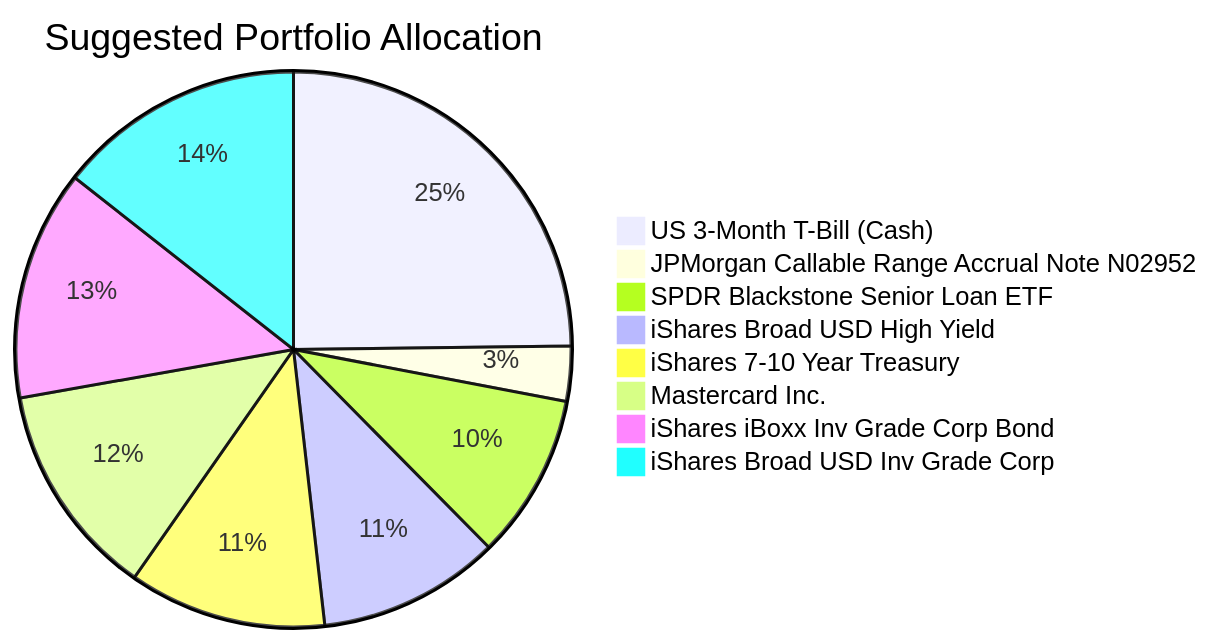
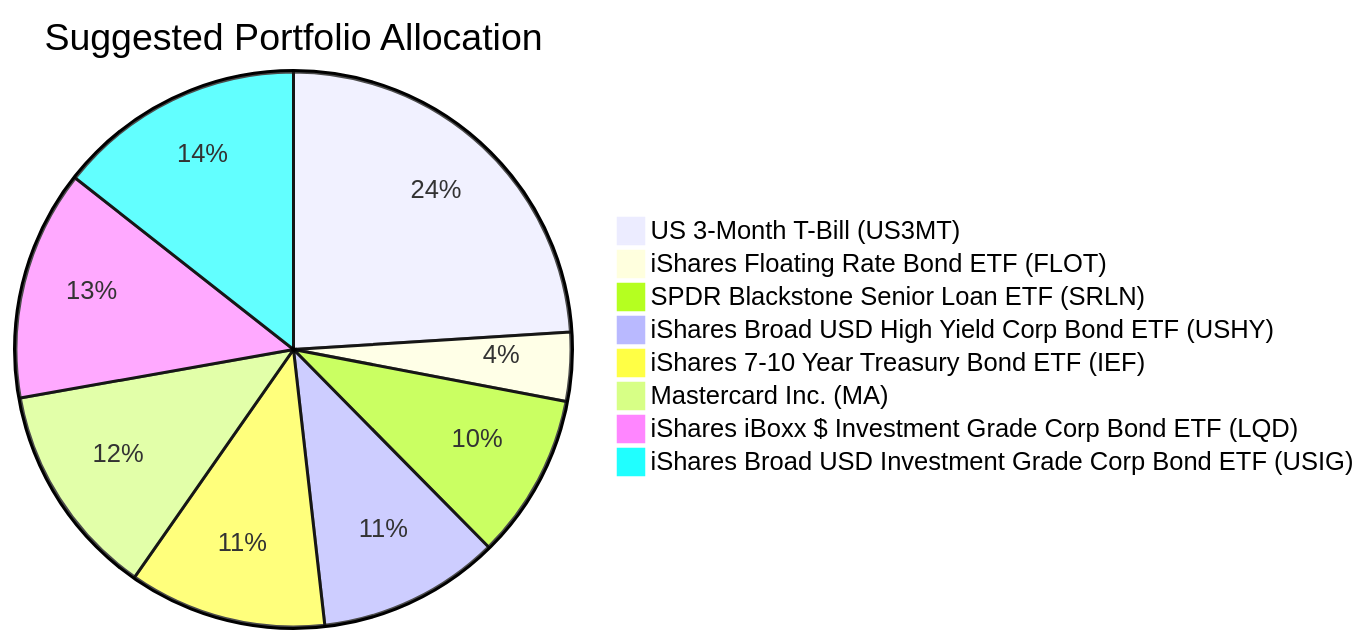
One commit to roger249/Bot-collaboration changed the second of 2 diagrams in docs/sample outputs/client_product_fit_analysis_zw-7.md. Above: the diagram before and after it, drawn with Mermaid. The commit also changed other lines of this file and 16 other files, not shown here.

````diff
--- a/docs/sample outputs/client_product_fit_analysis_zw-7.md
+++ b/docs/sample outputs/client_product_fit_analysis_zw-7.md
@@ -71,11 +69,11 @@
 ```mermaid
 pie title Suggested Portfolio Allocation
-    "US 3-Month T-Bill (Cash)" : 24.8
-    "JPMorgan Callable Range Accrual Note N02952" : 3.2
-    "SPDR Blackstone Senior Loan ETF" : 9.6
-    "iShares Broad USD High Yield" : 10.6
-    "iShares 7-10 Year Treasury" : 11.5
-    "Mastercard Inc." : 12.5
-    "iShares iBoxx Inv Grade Corp Bond" : 13.4
-    "iShares Broad USD Inv Grade Corp" : 14.4
+    "US 3-Month T-Bill (US3MT)" : 24
+    "iShares Floating Rate Bond ETF (FLOT)" : 4
+    "SPDR Blackstone Senior Loan ETF (SRLN)" : 9.6
+    "iShares Broad USD High Yield Corp Bond ETF (USHY)" : 10.6
+    "iShares 7-10 Year Treasury Bond ETF (IEF)" : 11.5
+    "Mastercard Inc. (MA)" : 12.5
+    "iShares iBoxx $ Investment Grade Corp Bond ETF (LQD)" : 13.4
+    "iShares Broad USD Investment Grade Corp Bond ETF (USIG)" : 14.4
 ```
````
